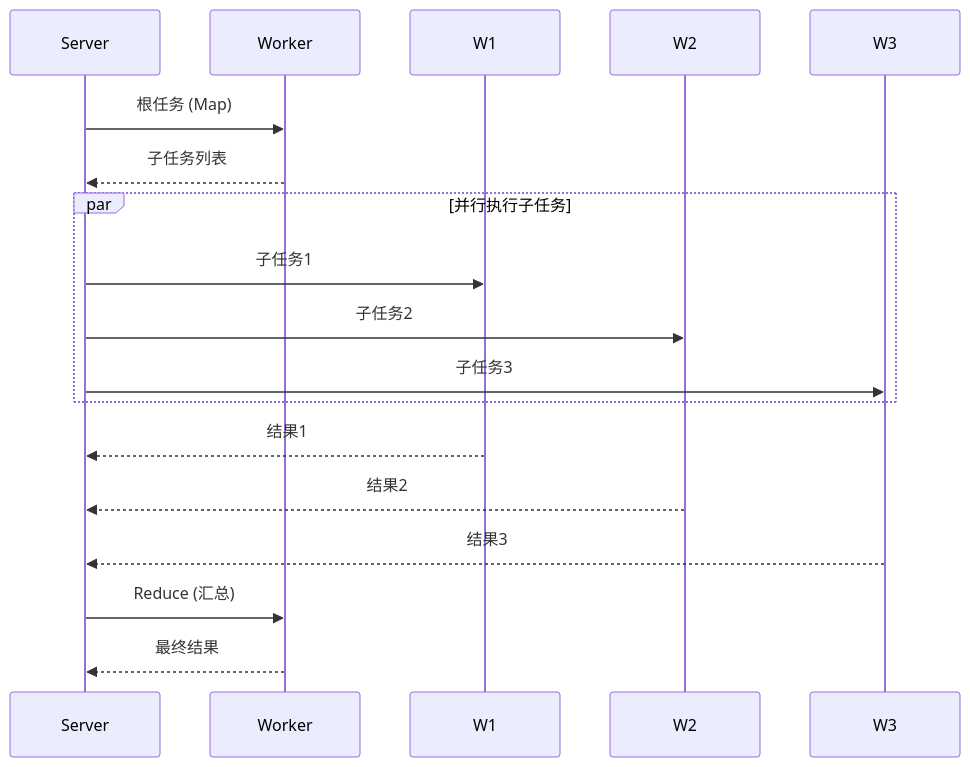
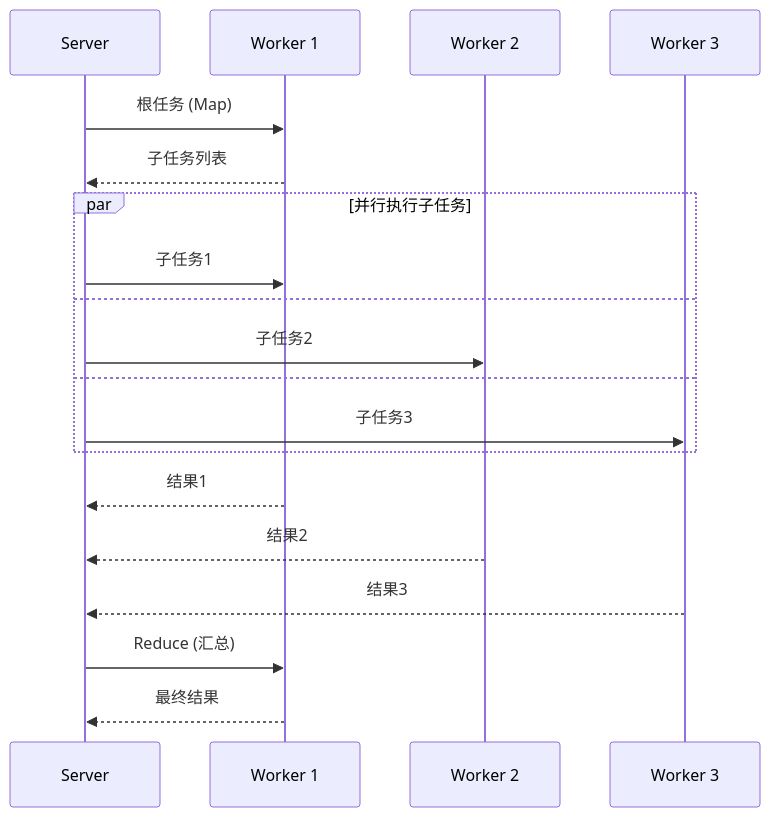
One commit to Echo009/PowerJob-Docs changed the second of 2 diagrams in zh/guide/processor.md. Above: the diagram before and after it, drawn with Mermaid. The commit also changed other lines of this file and 4 other files, not shown here.

Commit message:
feat: 集成 Mermaid 图表渲染并修复语法错误

````diff
--- a/zh/guide/processor.md
+++ b/zh/guide/processor.md
@@ -194,20 +196,25 @@
 ```mermaid
 sequenceDiagram
     participant S as Server
-    participant W as Worker
+    participant W1 as Worker 1
+    participant W2 as Worker 2
+    participant W3 as Worker 3
 
-    S->>W: 根任务 (Map)
-    W-->>S: 子任务列表
+    S->>W1: 根任务 (Map)
+    W1-->>S: 子任务列表
 
     par 并行执行子任务
         S->>W1: 子任务1
+    and
         S->>W2: 子任务2
+    and
         S->>W3: 子任务3
     end
+
     W1-->>S: 结果1
     W2-->>S: 结果2
     W3-->>S: 结果3
 
-    S->>W: Reduce (汇总)
-    W-->>S: 最终结果
+    S->>W1: Reduce (汇总)
+    W1-->>S: 最终结果
 ```
````
